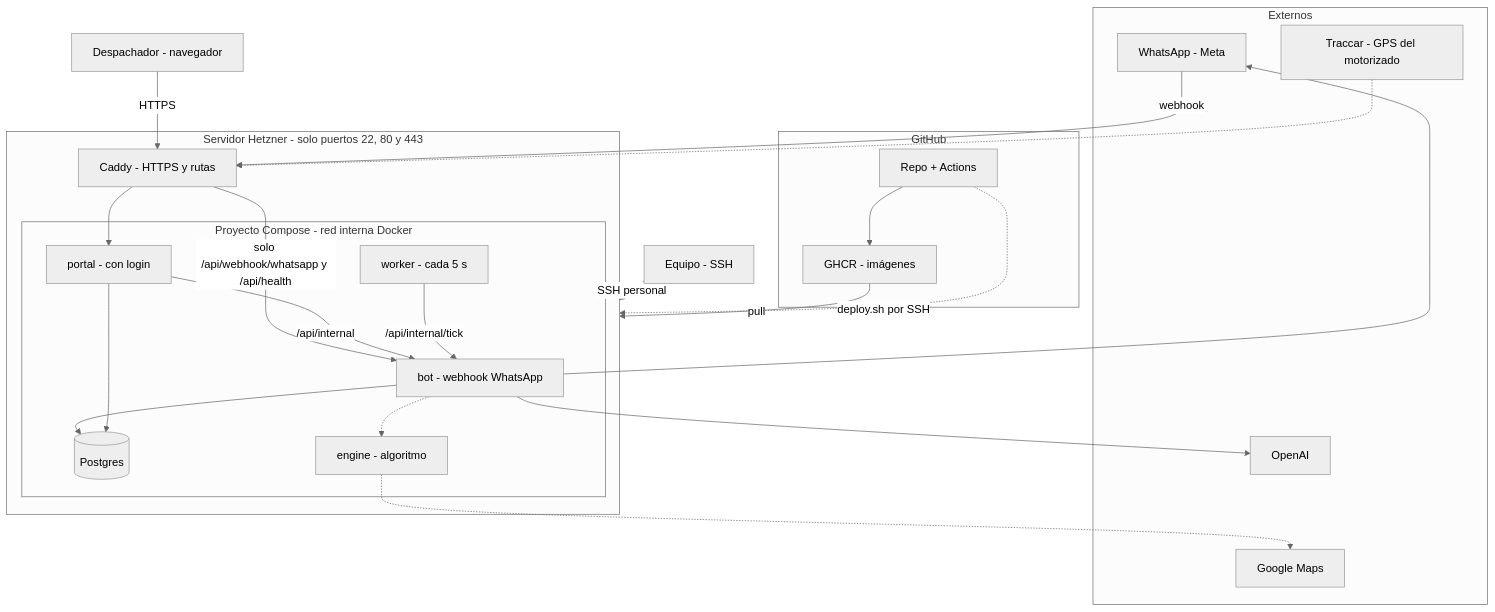
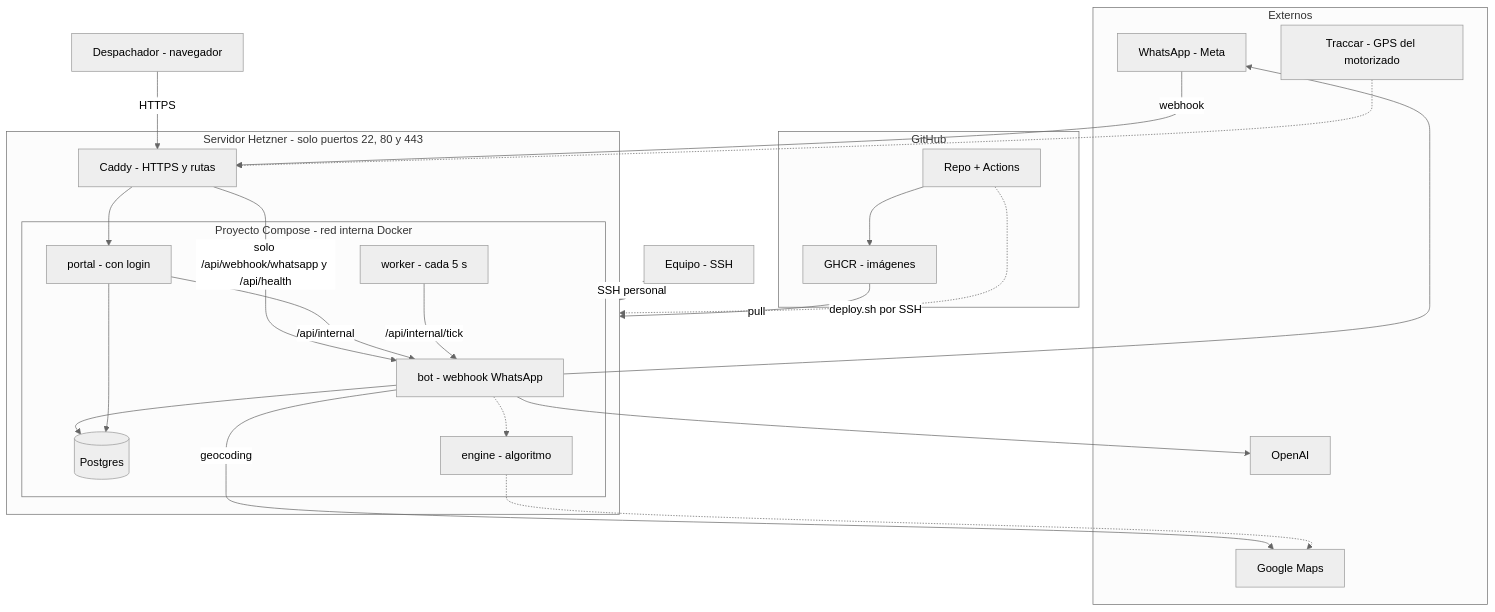
Before and after one commit to clapi-labs/clapi-dispatch: the first of 7 diagrams in docs/INFRAESTRUCTURA.md, drawn with Mermaid (neutral theme). The commit also changed other lines of this file and 9 other files, not shown here.

Commit message:
Bot: ubica la dirección de entrega con Google Geocoding; si no la encuentra, pide corregirla y luego pasa a un asesor

````diff
--- a/docs/INFRAESTRUCTURA.md
+++ b/docs/INFRAESTRUCTURA.md
@@ -25,51 +25,52 @@
 ```mermaid
 flowchart TB
     subgraph Externos
         WA[WhatsApp - Meta]
         OAI[OpenAI]
         GM[Google Maps]
         TR[Traccar - GPS del motorizado]
     end
 
     DESP[Despachador - navegador]
     DEV[Equipo - SSH]
 
     subgraph GH[GitHub]
         REPO[Repo + Actions]
         GHCR[GHCR - imágenes]
     end
 
     subgraph VPS[Servidor Hetzner - solo puertos 22, 80 y 443]
         CADDY[Caddy - HTTPS y rutas]
 
         subgraph STG[Proyecto Compose - red interna Docker]
             BOT[bot - webhook WhatsApp]
             PORTAL[portal - con login]
             WORKER[worker - cada 5 s]
             PG[(Postgres)]
             ENGINE[engine - algoritmo]
         end
     end
 
     WA -- webhook --> CADDY
     TR -.-> CADDY
     DESP -- HTTPS --> CADDY
     CADDY -- "solo /api/webhook/whatsapp y /api/health" --> BOT
     CADDY --> PORTAL
 
     BOT --> WA
     BOT --> OAI
+    BOT -- geocoding --> GM
     BOT --> PG
     PORTAL --> PG
     PORTAL -- "/api/internal" --> BOT
     WORKER -- "/api/internal/tick" --> BOT
     BOT -.-> ENGINE
     ENGINE -.-> GM
 
     REPO --> GHCR
     GHCR -- pull --> VPS
     REPO -. "deploy.sh por SSH" .-> VPS
     DEV -- "SSH personal" --> VPS
 
     classDef pendiente stroke-dasharray: 5 5
 ```
````
